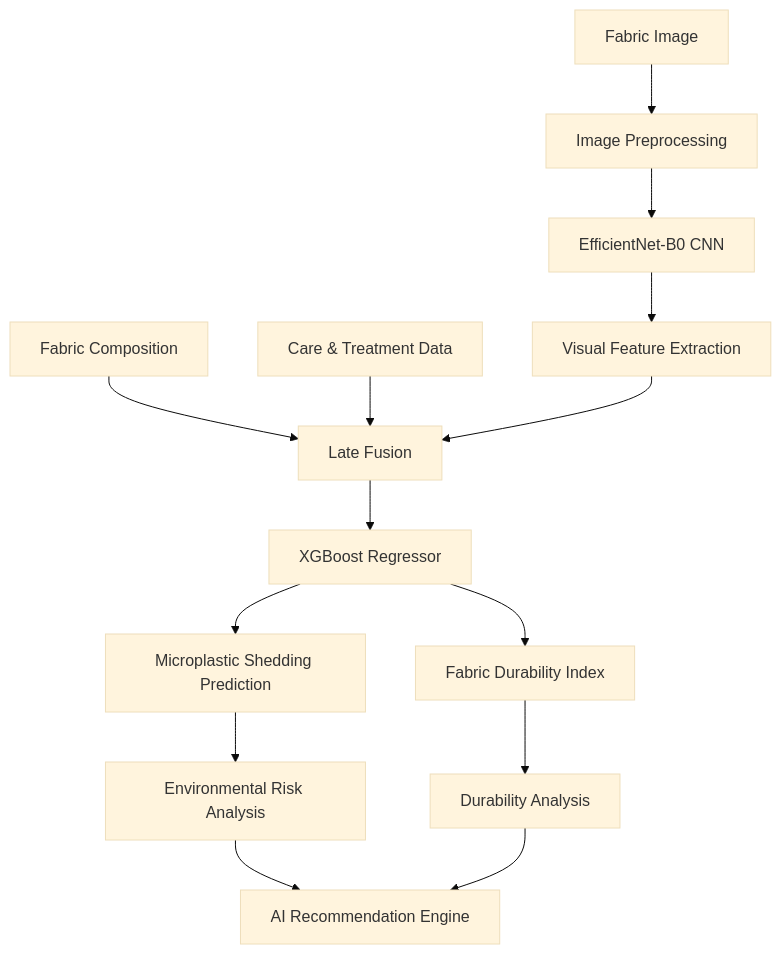
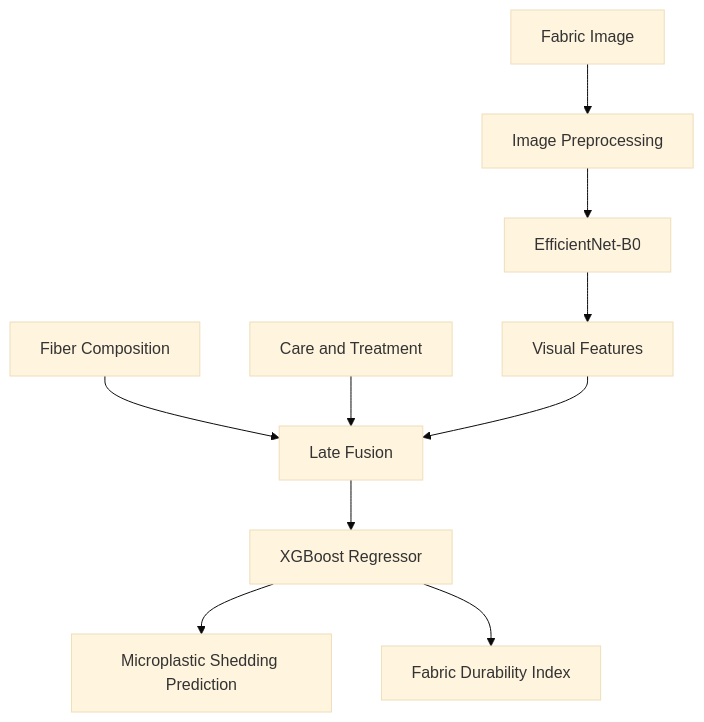
The third of 4 diagrams in README.MD (raykenzienazaru-dot/PNJ), drawn with Mermaid (base theme) before and after one commit. The commit also changed other lines of this file and 2 other files, not shown here.

````diff
--- a/README.MD
+++ b/README.MD
@@ -328,21 +237,12 @@
 ```mermaid
 flowchart TD
     IMG[Fabric Image] --> PRE[Image Preprocessing]
-    PRE --> CNN[EfficientNet-B0 CNN]
-    CNN --> VF[Visual Feature Extraction]
-
-    COMP[Fabric Composition] --> LF[Late Fusion]
-    CARE[Care & Treatment Data] --> LF
+    PRE --> CNN[EfficientNet-B0]
+    CNN --> VF[Visual Features]
+    COMP[Fiber Composition] --> LF[Late Fusion]
+    CARE[Care and Treatment] --> LF
     VF --> LF
-
     LF --> XGB[XGBoost Regressor]
-
     XGB --> MICRO[Microplastic Shedding Prediction]
     XGB --> FDI[Fabric Durability Index]
-
-    MICRO --> RISK[Environmental Risk Analysis]
-    FDI --> DUR[Durability Analysis]
-
-    RISK --> REC[AI Recommendation Engine]
-    DUR --> REC
 ```
````
